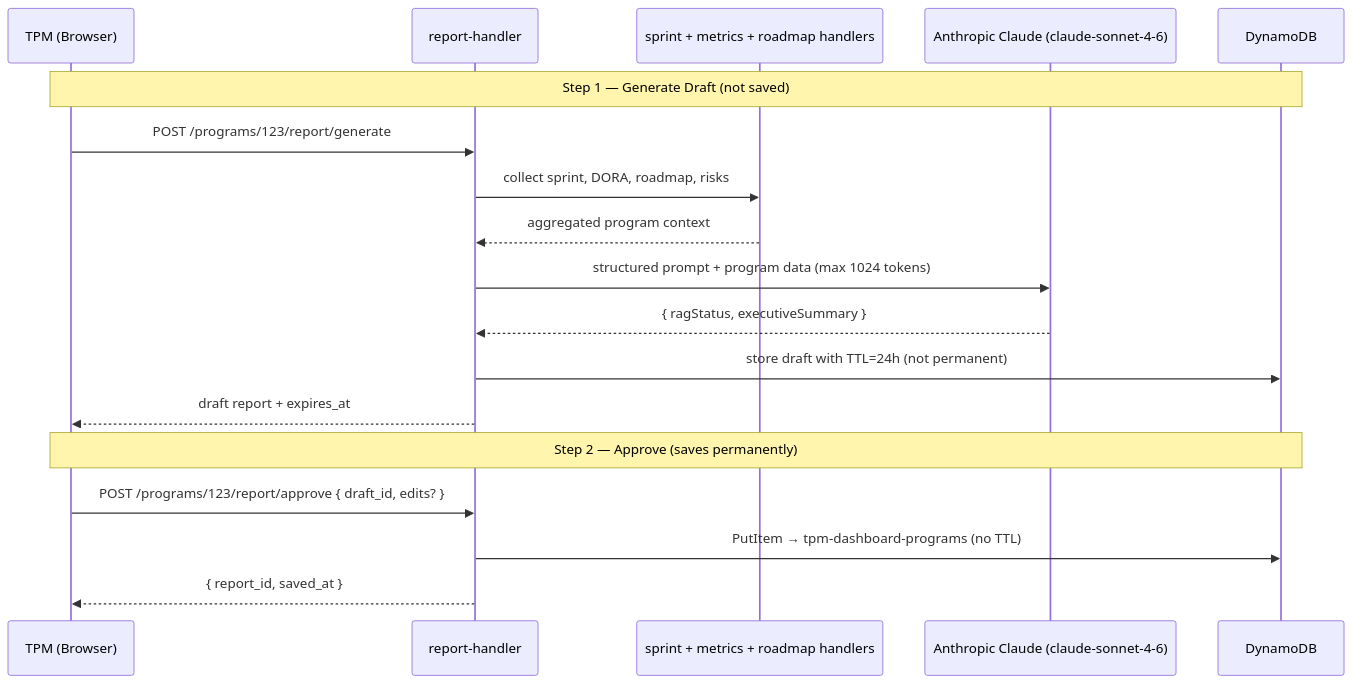
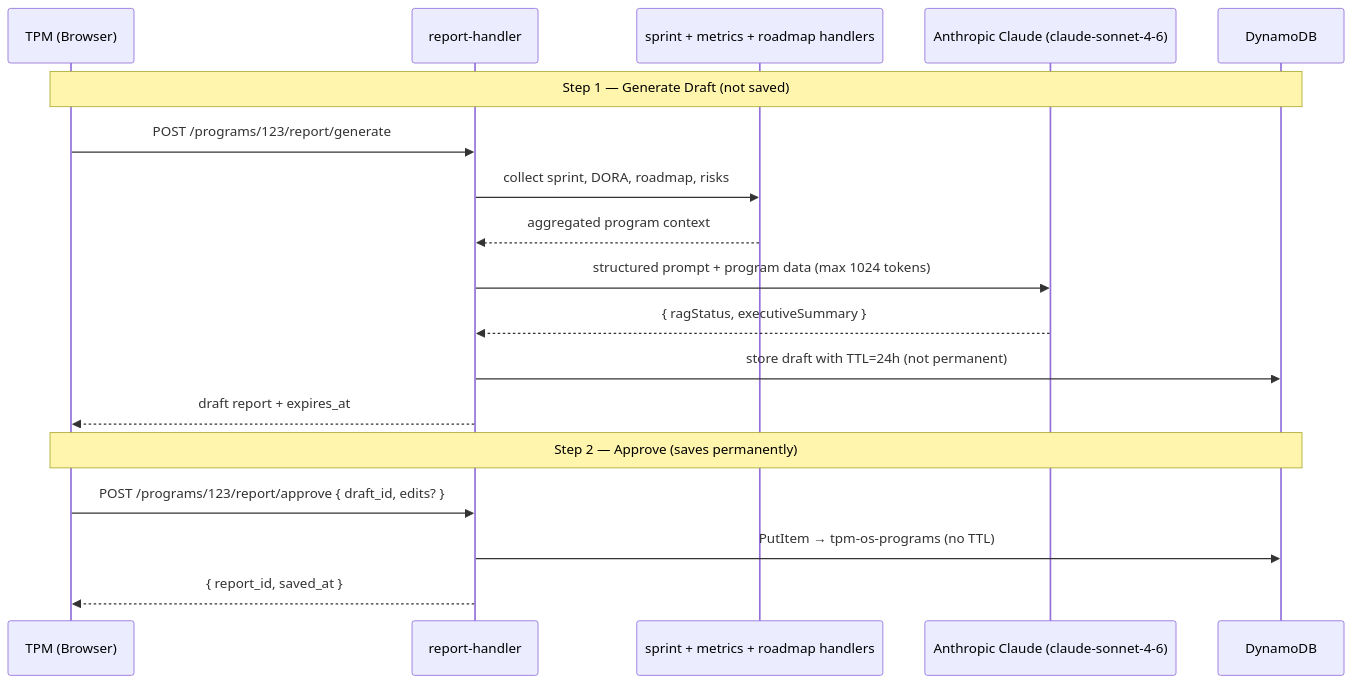
The fourth of 6 diagrams in ARCHITECTURE.md (harshul88/tpm-dashboard), drawn with Mermaid before and after one commit. The commit also changed other lines of this file, not shown here.

First line of the commit message:
docs(architecture): redact sensitive AWS identifiers

````diff
--- a/ARCHITECTURE.md
+++ b/ARCHITECTURE.md
@@ -199,22 +199,22 @@
 ```mermaid
 sequenceDiagram
     participant TPM as TPM (Browser)
     participant RH as report-handler
     participant DH as sprint + metrics + roadmap handlers
     participant AI as Anthropic Claude (claude-sonnet-4-6)
     participant DDB as DynamoDB
 
     note over TPM,DDB: Step 1 — Generate Draft (not saved)
     TPM->>RH: POST /programs/123/report/generate
     RH->>DH: collect sprint, DORA, roadmap, risks
     DH-->>RH: aggregated program context
     RH->>AI: structured prompt + program data (max 1024 tokens)
     AI-->>RH: { ragStatus, executiveSummary }
     RH->>DDB: store draft with TTL=24h (not permanent)
     RH-->>TPM: draft report + expires_at
 
     note over TPM,DDB: Step 2 — Approve (saves permanently)
     TPM->>RH: POST /programs/123/report/approve { draft_id, edits? }
-    RH->>DDB: PutItem → tpm-dashboard-programs (no TTL)
+    RH->>DDB: PutItem → tpm-os-programs (no TTL)
     RH-->>TPM: { report_id, saved_at }
 ```
````
